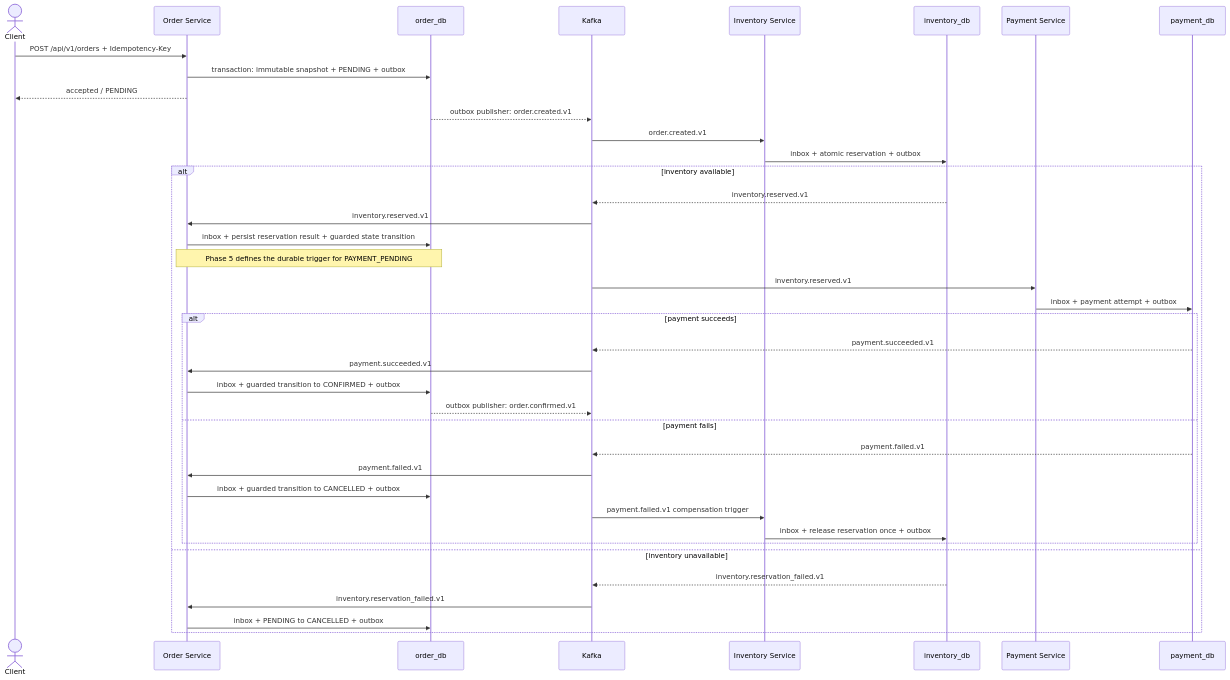
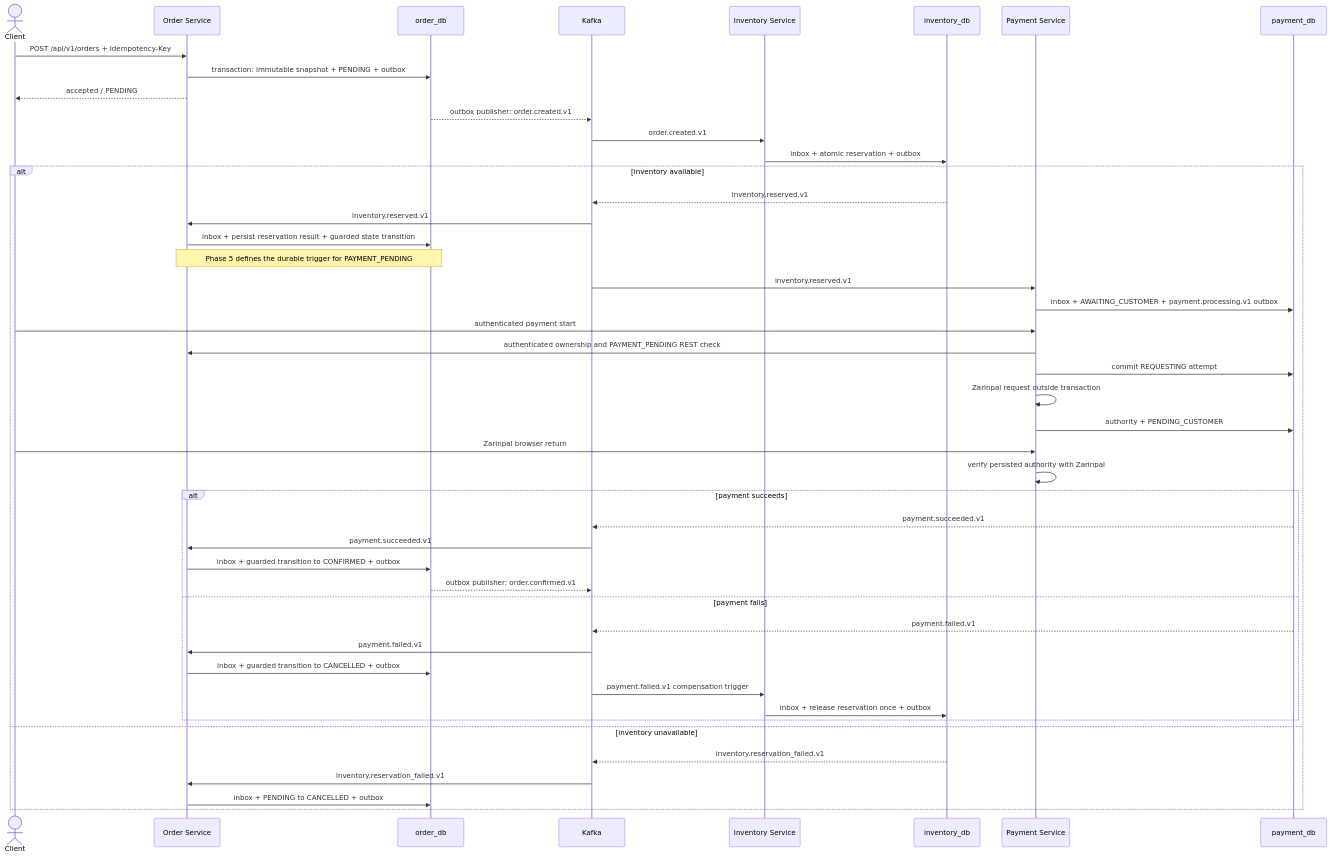
The diagram in docs/diagrams/checkout-saga.md (saeedzed2002/fastapi-microservices-platform), drawn with Mermaid before and after one commit. The commit also changed other lines of this file and 38 other files, not shown here.

Commit message:
feat(payment): add Zarinpal sandbox workflow

````diff
--- a/docs/diagrams/checkout-saga.md
+++ b/docs/diagrams/checkout-saga.md
@@ -3,45 +3,52 @@
 ```mermaid
 sequenceDiagram
     actor Client
     participant Order as Order Service
     participant ODB as order_db
     participant Kafka
     participant Inventory as Inventory Service
     participant IDB as inventory_db
     participant Payment as Payment Service
     participant PDB as payment_db
 
     Client->>Order: POST /api/v1/orders + Idempotency-Key
     Order->>ODB: transaction: immutable snapshot + PENDING + outbox
     Order-->>Client: accepted / PENDING
     ODB-->>Kafka: outbox publisher: order.created.v1
 
     Kafka->>Inventory: order.created.v1
     Inventory->>IDB: inbox + atomic reservation + outbox
 
     alt inventory available
         IDB-->>Kafka: inventory.reserved.v1
         Kafka->>Order: inventory.reserved.v1
         Order->>ODB: inbox + persist reservation result + guarded state transition
         Note over Order,ODB: Phase 5 defines the durable trigger for PAYMENT_PENDING
         Kafka->>Payment: inventory.reserved.v1
-        Payment->>PDB: inbox + payment attempt + outbox
+        Payment->>PDB: inbox + AWAITING_CUSTOMER + payment.processing.v1 outbox
+        Client->>Payment: authenticated payment start
+        Payment->>Order: authenticated ownership and PAYMENT_PENDING REST check
+        Payment->>PDB: commit REQUESTING attempt
+        Payment->>Payment: Zarinpal request outside transaction
+        Payment->>PDB: authority + PENDING_CUSTOMER
+        Client->>Payment: Zarinpal browser return
+        Payment->>Payment: verify persisted authority with Zarinpal
 
         alt payment succeeds
             PDB-->>Kafka: payment.succeeded.v1
             Kafka->>Order: payment.succeeded.v1
             Order->>ODB: inbox + guarded transition to CONFIRMED + outbox
             ODB-->>Kafka: outbox publisher: order.confirmed.v1
         else payment fails
             PDB-->>Kafka: payment.failed.v1
             Kafka->>Order: payment.failed.v1
             Order->>ODB: inbox + guarded transition to CANCELLED + outbox
             Kafka->>Inventory: payment.failed.v1 compensation trigger
             Inventory->>IDB: inbox + release reservation once + outbox
         end
     else inventory unavailable
         IDB-->>Kafka: inventory.reservation_failed.v1
         Kafka->>Order: inventory.reservation_failed.v1
         Order->>ODB: inbox + PENDING to CANCELLED + outbox
     end
 ```
````
